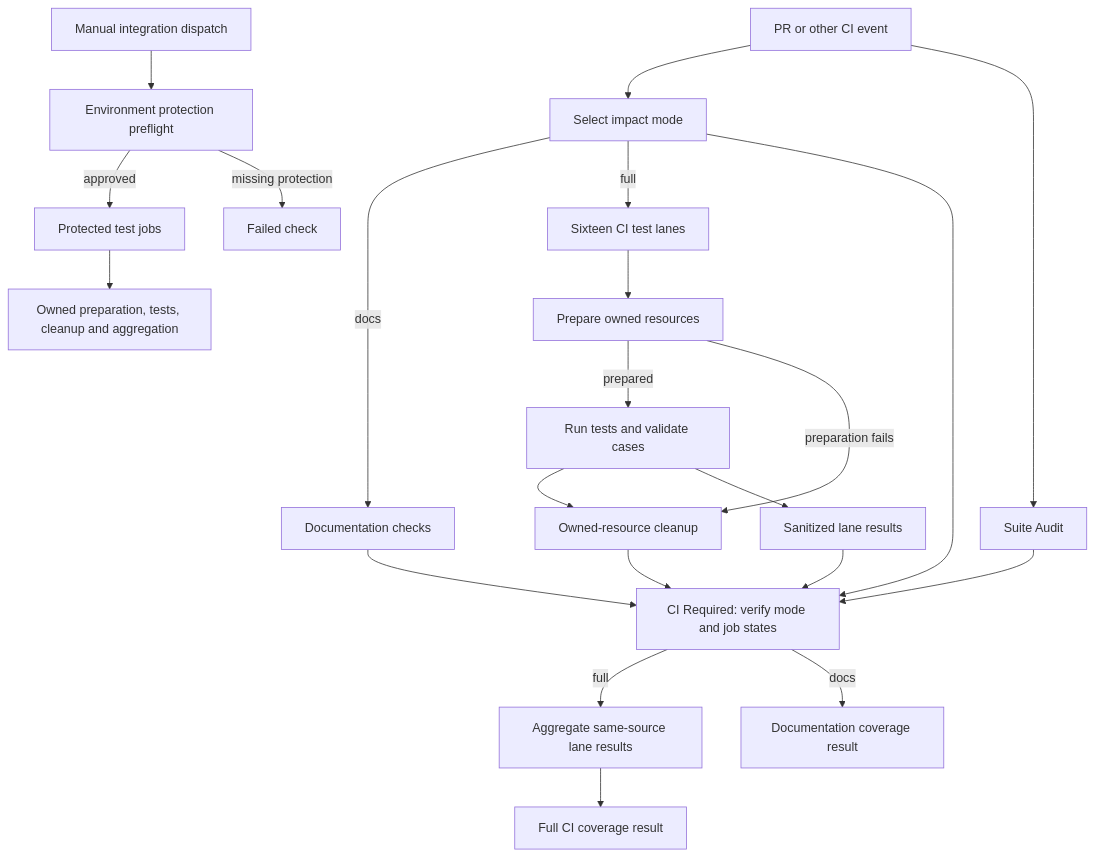
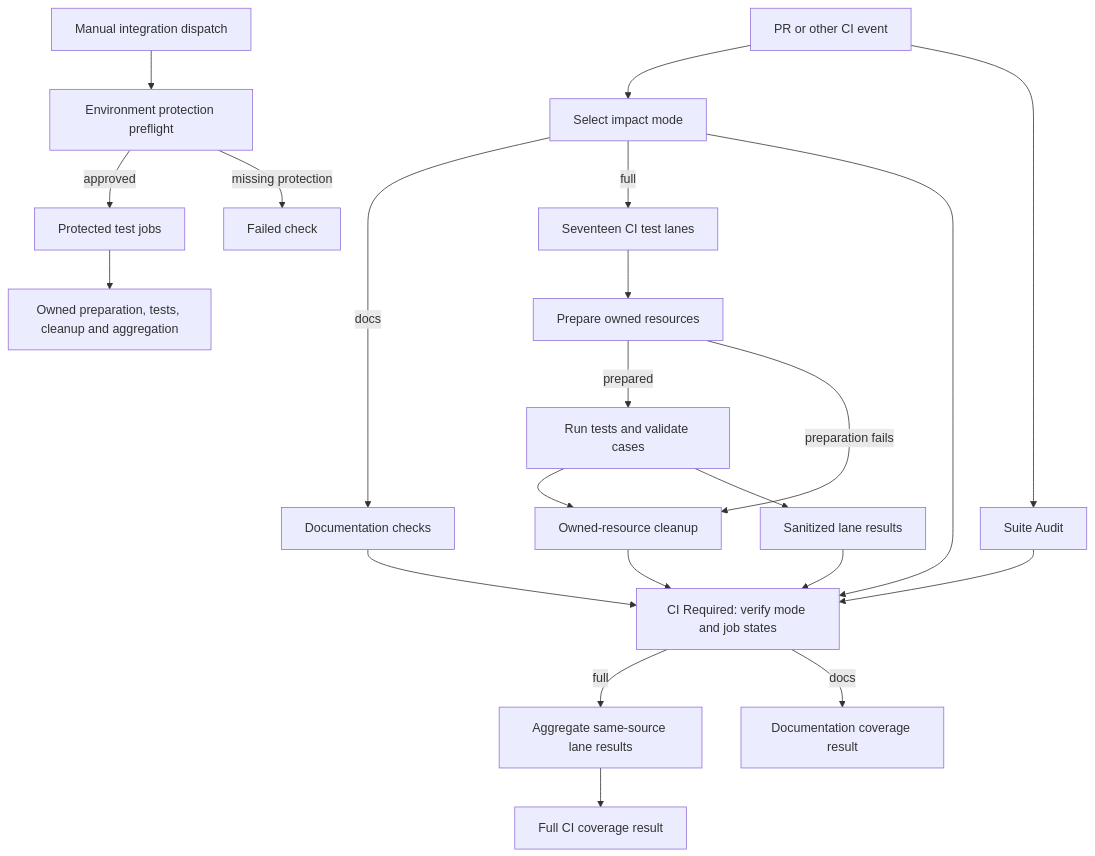
One commit to IsaiahStapleton/openclaw-enterprise changed the diagram in docs/flows/github-actions-testing.md. Above: the diagram before and after it, drawn with Mermaid. The commit also changed other lines of this file and 3 other files, not shown here.

````diff
--- a/docs/flows/github-actions-testing.md
+++ b/docs/flows/github-actions-testing.md
@@ -21,24 +21,24 @@
 ```mermaid
 graph TD
   A["PR or other CI event"] --> S["Select impact mode"]
   A --> N["Suite Audit"]
   S -->|docs| D["Documentation checks"]
-  S -->|full| B["Sixteen CI test lanes"]
+  S -->|full| B["Seventeen CI test lanes"]
   B --> F["Prepare owned resources"]
   F -->|prepared| H["Run tests and validate cases"]
   F -->|preparation fails| J["Owned-resource cleanup"]
   H --> J
   H --> K["Sanitized lane results"]
   J --> G["CI Required: verify mode and job states"]
   S --> G
   N --> G
   D --> G
   K --> G
   G -->|full| L["Aggregate same-source lane results"]
   G -->|docs| M["Documentation coverage result"]
   L --> R["Full CI coverage result"]
   C["Manual integration dispatch"] --> P["Environment protection preflight"]
   P -->|approved| E["Protected test jobs"]
   P -->|missing protection| X["Failed check"]
   E --> T["Owned preparation, tests, cleanup and aggregation"]
 ```
````
